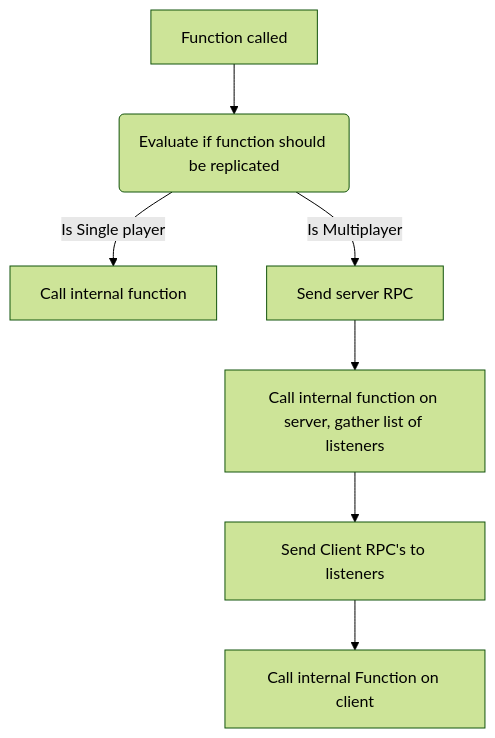
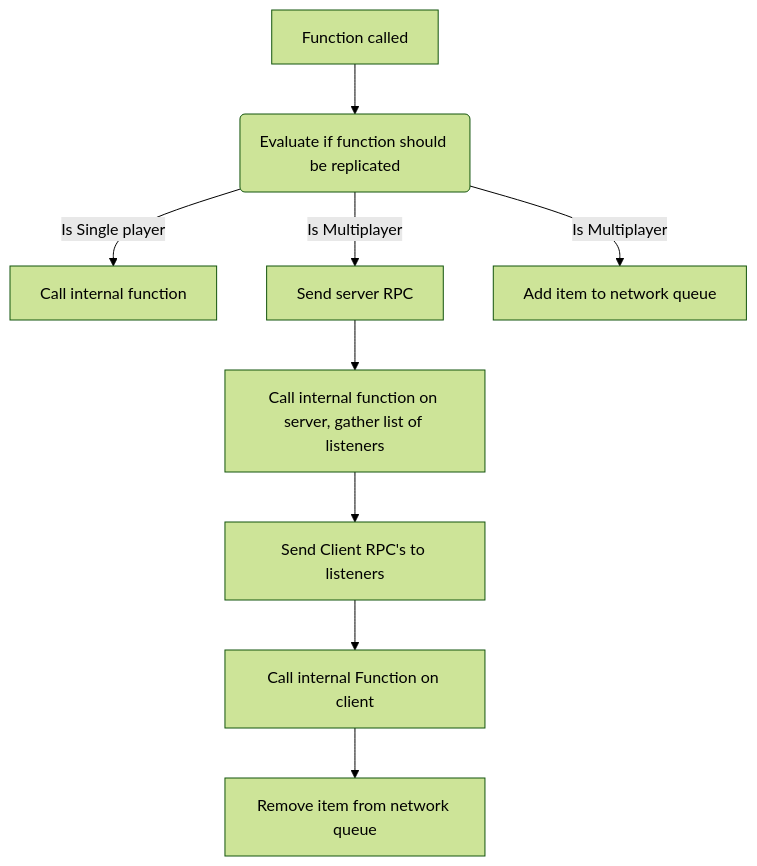
The diagram in Introduction/HowDoesTheNetworkingWork.md (Inventoryframework/inventoryframework.github.io), drawn with Mermaid before and after one commit. The commit also changed other lines of this file, not shown here.

````diff
--- a/Introduction/HowDoesTheNetworkingWork.md
+++ b/Introduction/HowDoesTheNetworkingWork.md
@@ -18,10 +18,12 @@
 ```mermaid
 %%{init: {'theme':'forest'}}%%
 graph TD
     A[Function called] --> B(Evaluate if function should be replicated)
     B -->|Is Single player| C[Call internal function]
     B -->|Is Multiplayer| D[Send server RPC]
+    B -->|Is Multiplayer| H[Add item to network queue]
     D --> E[Call internal function on server, gather list of listeners]
     E --> F[Send Client RPC's to listeners]
     F --> G[Call internal Function on client]
+    G --> R[Remove item from network queue]
 ```
````
